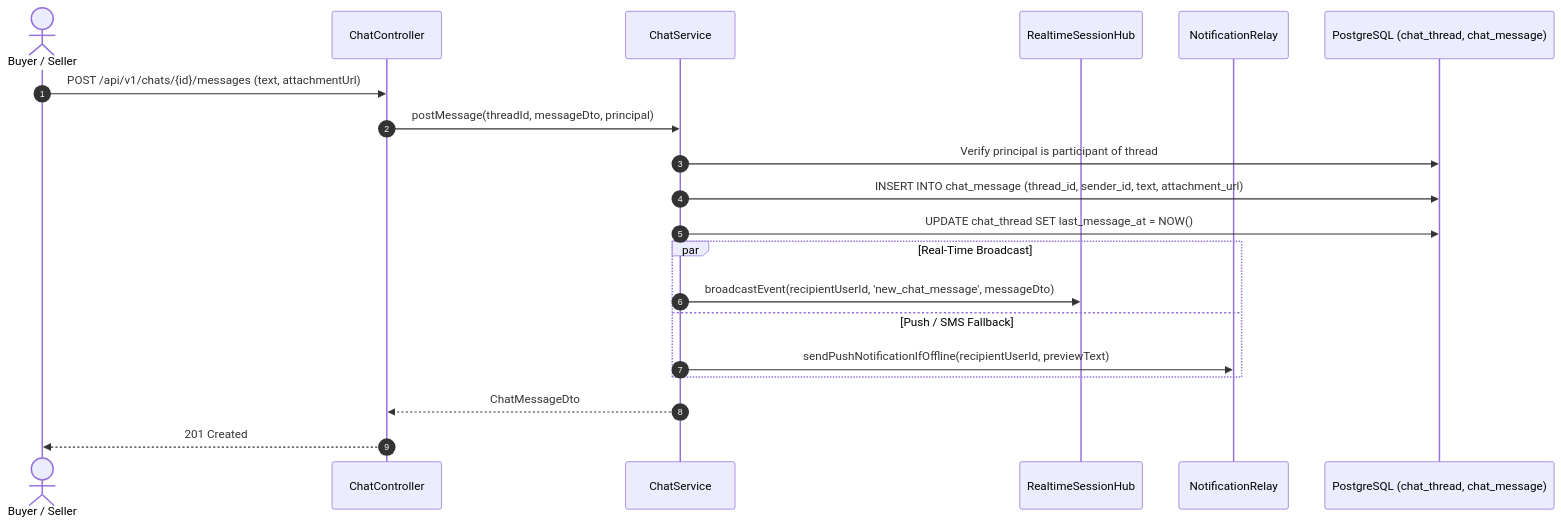
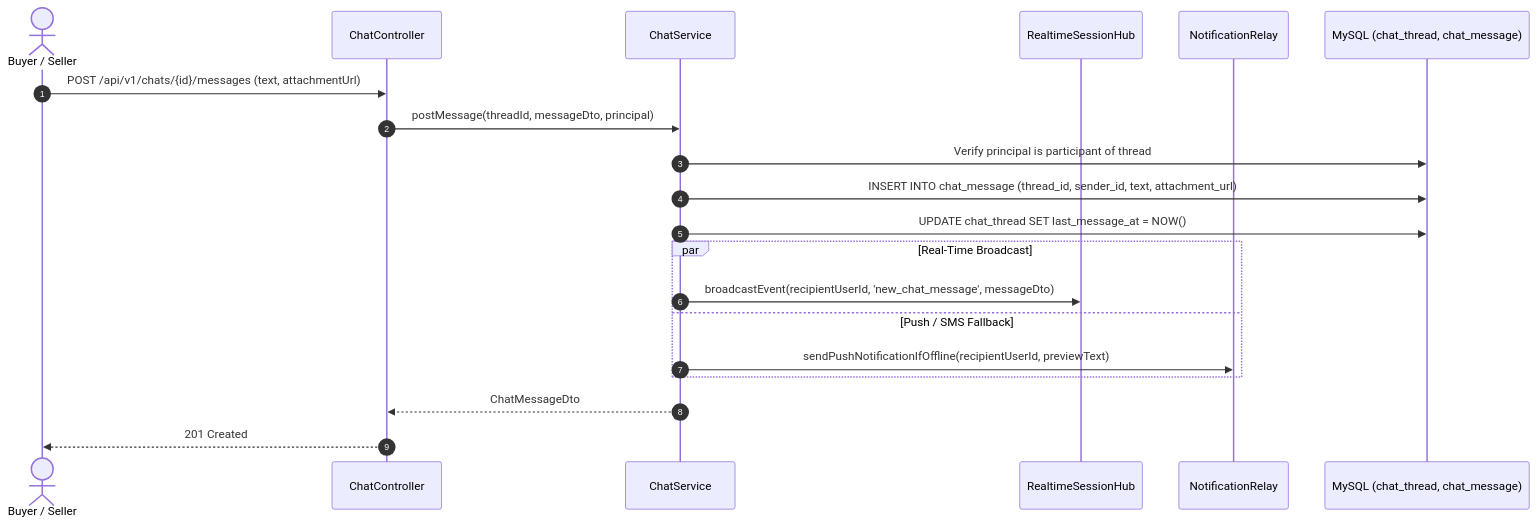
Before and after one commit to narasimha-reddy/costonomy-mp-api: the second of 5 diagrams in docs/architecture/sequence-diagrams/08-communication-and-admin.md, drawn with Mermaid. The commit also changed other lines of this file and 19 other files, not shown here.

First line of the commit message:
docs(delivery): current state, diagrams, decisions D-204 to D-207, changelog and traceability

````diff
--- a/docs/architecture/sequence-diagrams/08-communication-and-admin.md
+++ b/docs/architecture/sequence-diagrams/08-communication-and-admin.md
@@ -41,25 +41,25 @@
 ```mermaid
 sequenceDiagram
     autonumber
     actor Sender as Buyer / Seller
     participant CC as ChatController
     participant CS as ChatService
     participant RSH as RealtimeSessionHub
     participant NR as NotificationRelay
-    participant DB as PostgreSQL (chat_thread, chat_message)
+    participant DB as MySQL (chat_thread, chat_message)
 
     Sender->>CC: POST /api/v1/chats/{id}/messages (text, attachmentUrl)
     CC->>CS: postMessage(threadId, messageDto, principal)
     CS->>DB: Verify principal is participant of thread
     CS->>DB: INSERT INTO chat_message (thread_id, sender_id, text, attachment_url)
     CS->>DB: UPDATE chat_thread SET last_message_at = NOW()
     
     par Real-Time Broadcast
         CS->>RSH: broadcastEvent(recipientUserId, 'new_chat_message', messageDto)
     and Push / SMS Fallback
         CS->>NR: sendPushNotificationIfOffline(recipientUserId, previewText)
     end
     
     CS-->>CC: ChatMessageDto
     CC-->>Sender: 201 Created
 ```
````
